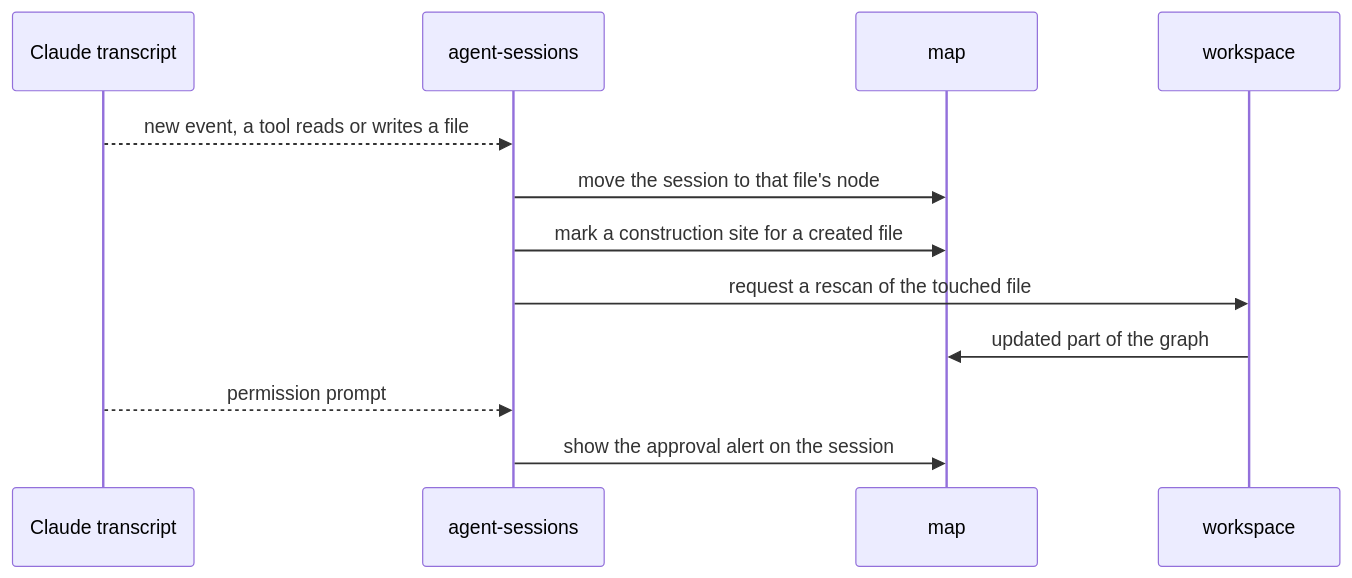
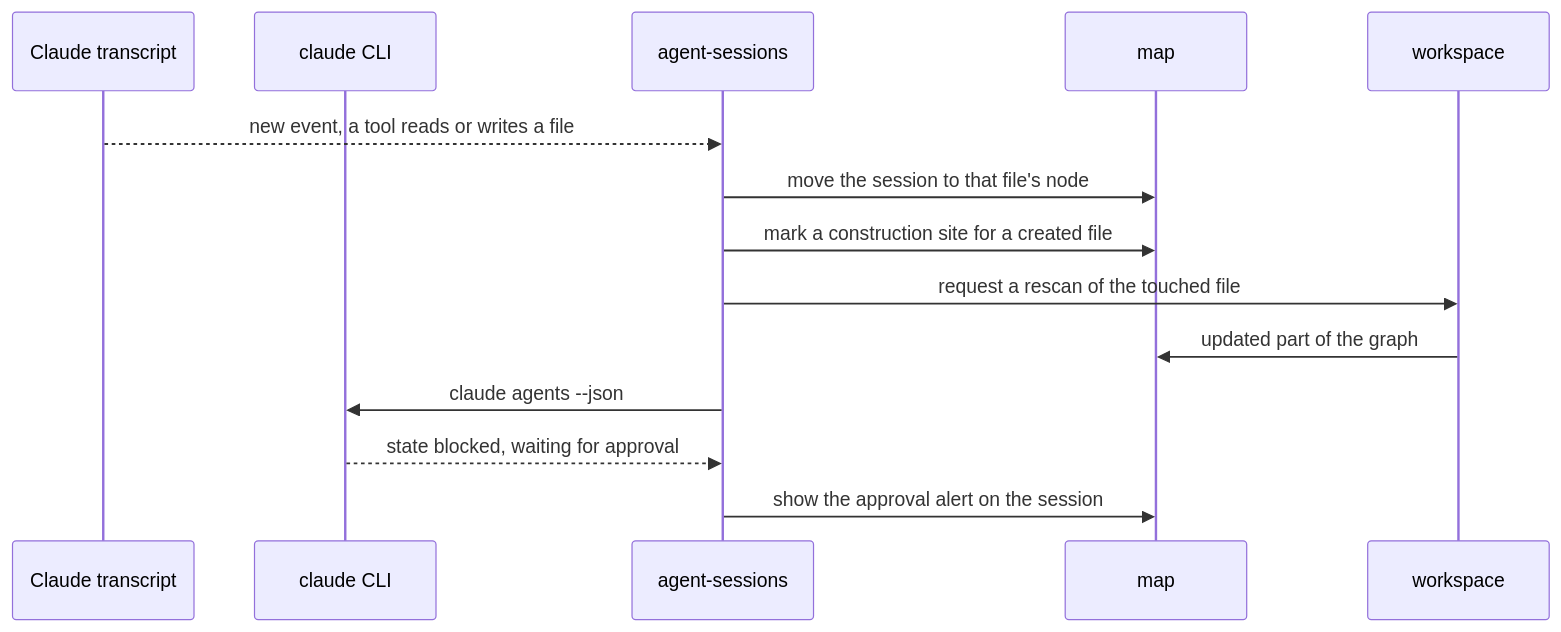
One commit to Xunrise/cellworks changed the third of 4 diagrams in docs/arc42/06-runtime.md. Above: the diagram before and after it, drawn with Mermaid. The commit also changed other lines of this file and 14 other files, not shown here.

````diff
--- a/docs/arc42/06-runtime.md
+++ b/docs/arc42/06-runtime.md
@@ -58,14 +58,16 @@
 ```mermaid
 sequenceDiagram
   participant T as Claude transcript
+  participant C as claude CLI
   participant Ag as agent-sessions
   participant Map as map
   participant WS as workspace
   T-->>Ag: new event, a tool reads or writes a file
   Ag->>Map: move the session to that file's node
   Ag->>Map: mark a construction site for a created file
   Ag->>WS: request a rescan of the touched file
   WS->>Map: updated part of the graph
-  T-->>Ag: permission prompt
+  Ag->>C: claude agents --json
+  C-->>Ag: state blocked, waiting for approval
   Ag->>Map: show the approval alert on the session
 ```
````
